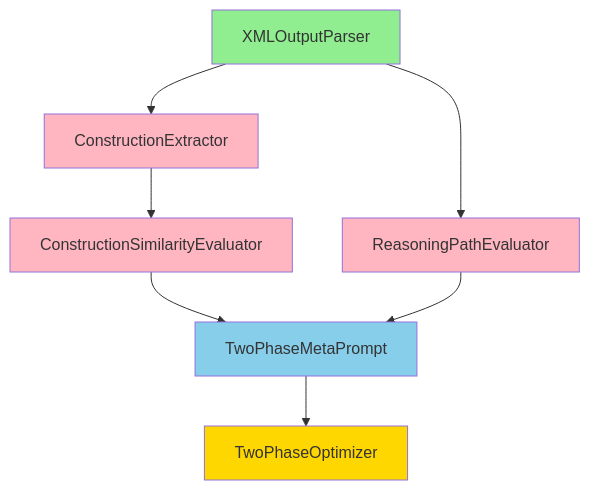
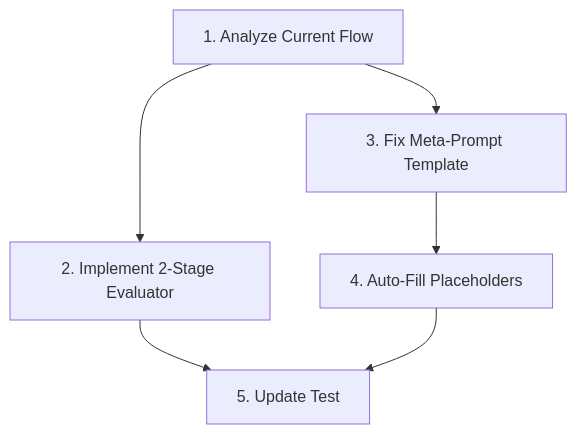
The diagram in report_component_task/task_00_overview.md (ChaosAIVision/MFRT), drawn with Mermaid before and after one commit. The commit also changed other lines of this file and 11 other files, not shown here.

First line of the commit message:
Fix meta-prompt and auto-fill placeholders (Components 3 & 4)

````diff
--- a/report_component_task/task_00_overview.md
+++ b/report_component_task/task_00_overview.md
@@ -5,16 +5,8 @@
 ```mermaid
 graph TD
-    A[XMLOutputParser] --> B[ConstructionExtractor]
-    A --> D[ReasoningPathEvaluator]
-    B --> C[ConstructionSimilarityEvaluator]
-    C --> E[TwoPhaseMetaPrompt]
+    A[1. Analyze Current Flow] --> B[2. Implement 2-Stage Evaluator]
+    A --> C[3. Fix Meta-Prompt Template]
+    C --> D[4. Auto-Fill Placeholders]
+    B --> E[5. Update Test]
     D --> E
-    E --> F[TwoPhaseOptimizer]
-
-    style A fill:#90EE90
-    style B fill:#FFB6C1
-    style C fill:#FFB6C1
-    style D fill:#FFB6C1
-    style E fill:#87CEEB
-    style F fill:#FFD700
 ```
````
